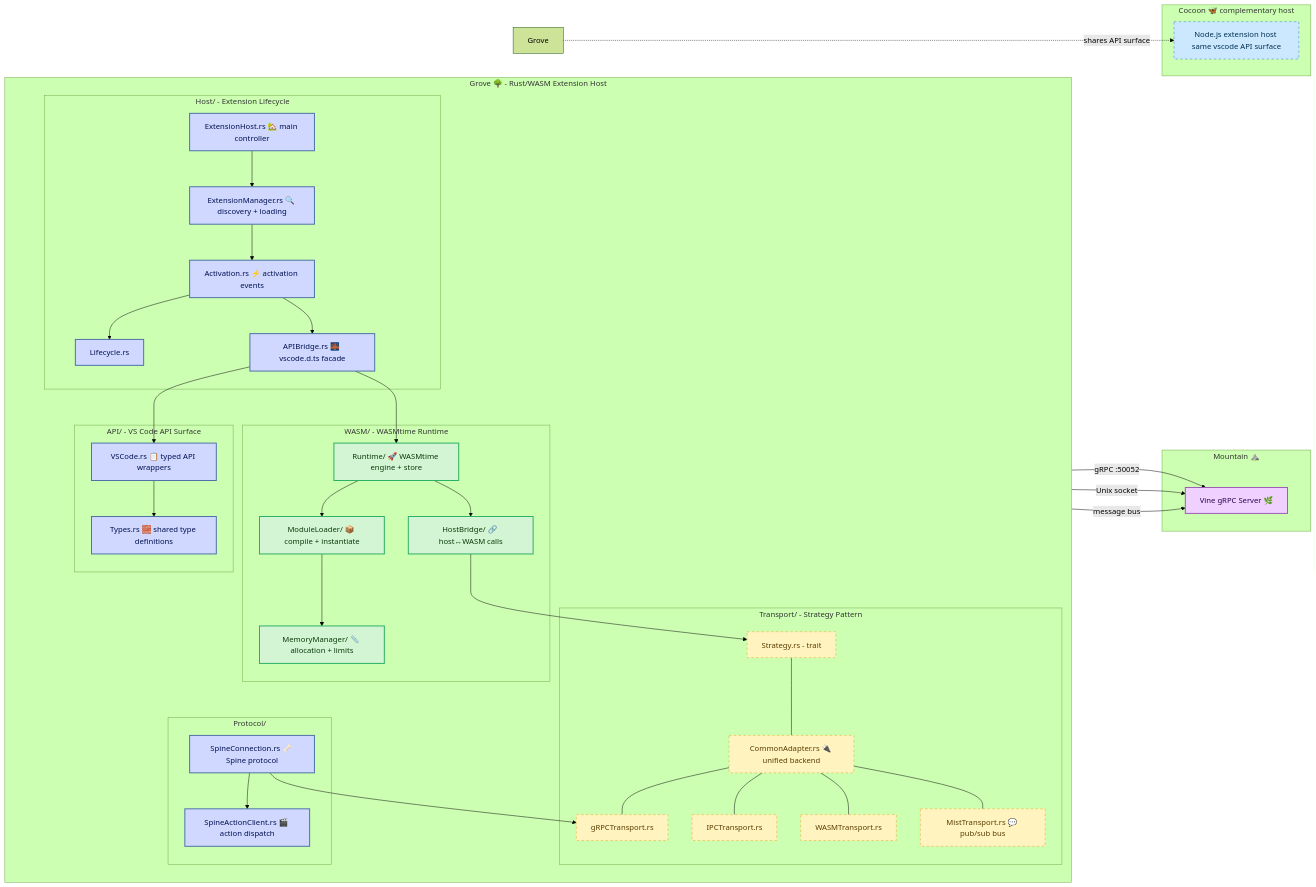
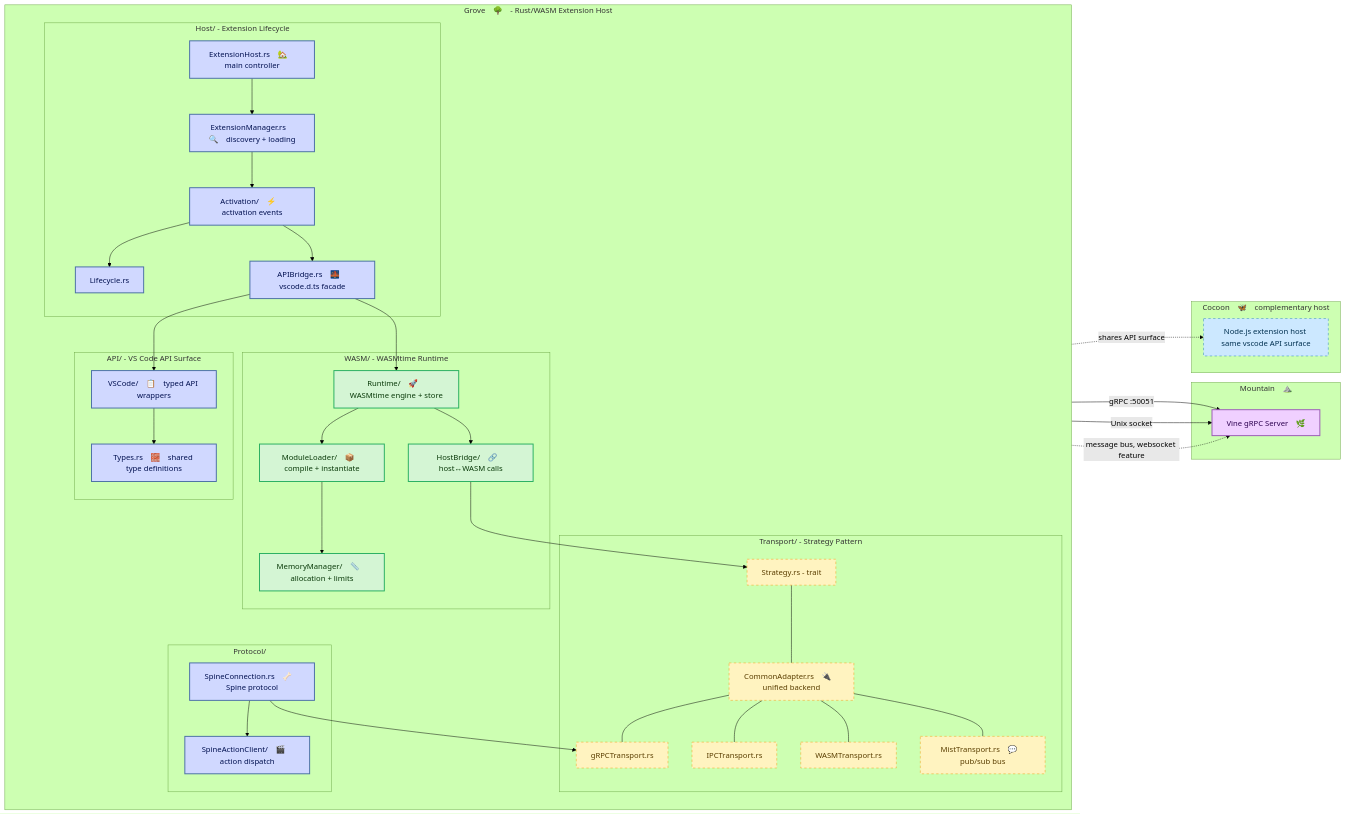
The diagram in README.md (CodeEditorLand/Grove), drawn with Mermaid (forest theme) before and after one commit. The commit also changed other lines of this file and 1 other file, not shown here.

First line of the commit message:
docs(Grove): Revamp README and architecture docs with Land branding, emoji, and updated component paths

````diff
--- a/README.md
+++ b/README.md
@@ -133,70 +136,70 @@
 ```mermaid
 graph LR
     classDef grove    fill:#d0d8ff,stroke:#4a6fa5,stroke-width:2px,color:#001050;
     classDef mountain fill:#f0d0ff,stroke:#9b59b6,stroke-width:2px,color:#2c0050;
     classDef wasm     fill:#d4f5d4,stroke:#27ae60,stroke-width:2px,color:#0a3a0a;
     classDef transport fill:#fff3c0,stroke:#f39c12,stroke-width:1px,stroke-dasharray:5 5,color:#5a3e00;
     classDef cocoon   fill:#cce8ff,stroke:#2980b9,stroke-width:1px,stroke-dasharray:5 5,color:#003050;
 
-    subgraph GROVE["Grove 🌳 - Rust/WASM Extension Host"]
+    subgraph GROVE["Grove 🌳 - Rust/WASM Extension Host"]
         direction TB
         subgraph HOST["Host/ - Extension Lifecycle"]
-            ExtHost["ExtensionHost.rs 🏡 main controller"]:::grove
-            ExtMgr["ExtensionManager.rs 🔍 discovery + loading"]:::grove
-            Activation["Activation.rs ⚡ activation events"]:::grove
+            ExtHost["ExtensionHost.rs 🏡 main controller"]:::grove
+            ExtMgr["ExtensionManager.rs 🔍 discovery + loading"]:::grove
+            Activation["Activation/ ⚡ activation events"]:::grove
             Lifecycle["Lifecycle.rs"]:::grove
-            APIBridge["APIBridge.rs 🌉 vscode.d.ts facade"]:::grove
+            APIBridge["APIBridge.rs 🌉 vscode.d.ts facade"]:::grove
             ExtHost --> ExtMgr --> Activation --> Lifecycle
             Activation --> APIBridge
         end
         subgraph API["API/ - VS Code API Surface"]
-            VSCode["VSCode.rs 📋 typed API wrappers"]:::grove
-            Types["Types.rs 🧱 shared type definitions"]:::grove
+            VSCode["VSCode/ 📋 typed API wrappers"]:::grove
+            Types["Types.rs 🧱 shared type definitions"]:::grove
             APIBridge --> VSCode --> Types
         end
         subgraph WASM_RT["WASM/ - WASMtime Runtime"]
-            WASMRuntime["Runtime/ 🚀 WASMtime engine + store"]:::wasm
-            ModLoader["ModuleLoader/ 📦 compile + instantiate"]:::wasm
-            MemMgr["MemoryManager/ 📏 allocation + limits"]:::wasm
-            HostBridge["HostBridge/ 🔗 host↔WASM calls"]:::wasm
+            WASMRuntime["Runtime/ 🚀 WASMtime engine + store"]:::wasm
+            ModLoader["ModuleLoader/ 📦 compile + instantiate"]:::wasm
+            MemMgr["MemoryManager/ 📏 allocation + limits"]:::wasm
+            HostBridge["HostBridge/ 🔗 host↔WASM calls"]:::wasm
             WASMRuntime --> ModLoader
             ModLoader --> MemMgr
             WASMRuntime --> HostBridge
         end
         subgraph TRANSPORT["Transport/ - Strategy Pattern"]
             Strategy["Strategy.rs - trait"]:::transport
-            CommonAdapter["CommonAdapter.rs 🔌 unified backend"]:::transport
+            CommonAdapter["CommonAdapter.rs 🔌 unified backend"]:::transport
             gRPC["gRPCTransport.rs"]:::transport
             IPC["IPCTransport.rs"]:::transport
             WASMTrans["WASMTransport.rs"]:::transport
-            MistTrans["MistTransport.rs 💬 pub/sub bus"]:::transport
+            MistTrans["MistTransport.rs 💬 pub/sub bus"]:::transport
             Strategy --- CommonAdapter
             CommonAdapter --- gRPC
             CommonAdapter --- IPC
             CommonAdapter --- WASMTrans
             CommonAdapter --- MistTrans
         end
         subgraph PROTO["Protocol/"]
-            SpineConn["SpineConnection.rs 🦴 Spine protocol"]:::grove
-            SpineAction["SpineActionClient.rs 🎬 action dispatch"]:::grove
+            SpineConn["SpineConnection.rs 🦴 Spine protocol"]:::grove
+            SpineAction["SpineActionClient/ 🎬 action dispatch"]:::grove
             SpineConn --> SpineAction
         end
 
         APIBridge --> WASMRuntime
         HostBridge --> Strategy
         SpineConn --> gRPC
     end
 
-    subgraph MOUNTAIN["Mountain ⛰️"]
-        VineGRPC["Vine gRPC Server 🌿"]:::mountain
+    subgraph MOUNTAIN["Mountain ⛰️"]
+        VineGRPC["Vine gRPC Server 🌿"]:::mountain
     end
 
-    subgraph COCOON["Cocoon 🦋 complementary host"]
+    subgraph COCOON["Cocoon 🦋 complementary host"]
         CocoonRef["Node.js extension host same vscode API surface"]:::cocoon
     end
 
-    gRPC -- gRPC :50052 --> VineGRPC
+    gRPC -- gRPC :50051 --> VineGRPC
     IPC -- Unix socket --> VineGRPC
-    MistTrans -- message bus --> VineGRPC
-    Grove -.shares API surface.-> CocoonRef
+    MistTrans -. message bus, websocket feature .-> VineGRPC
+    APIBridge -.shares API surface.-> CocoonRef
 ```
````
